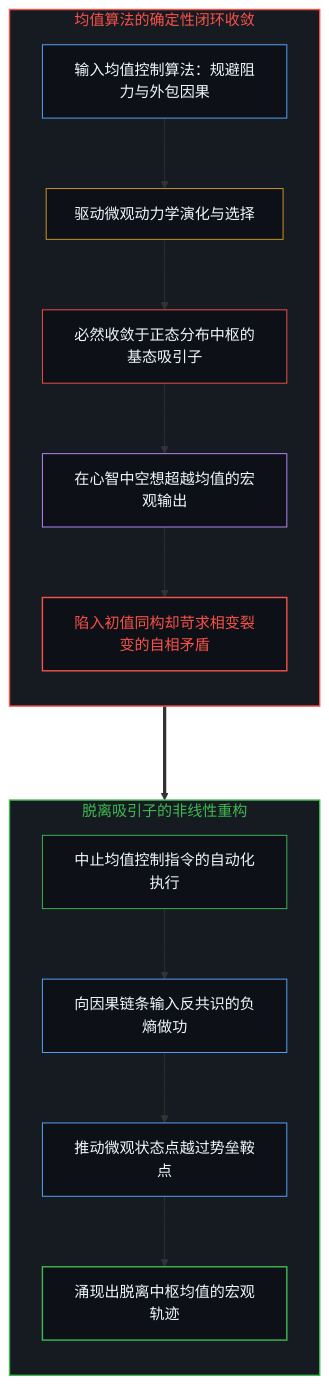
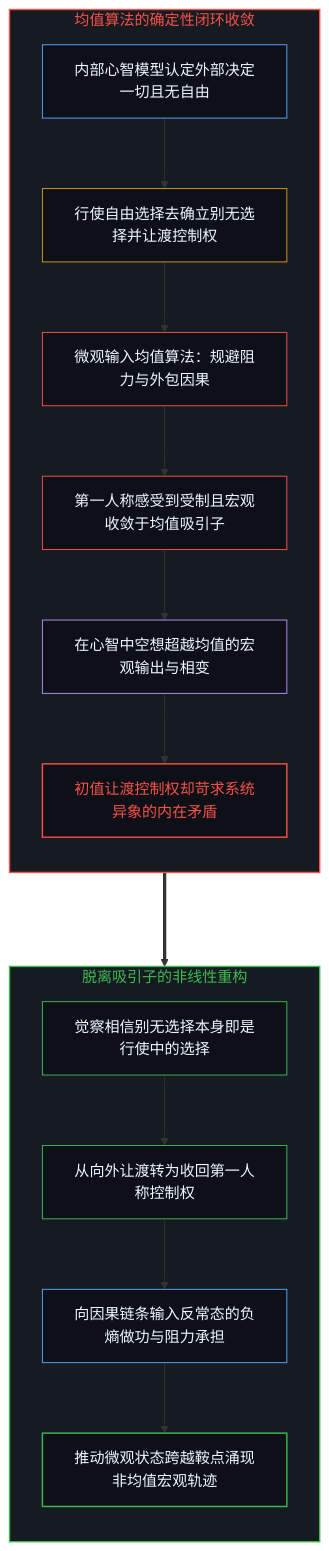
The third of 10 diagrams in content/posts/the-explanatory-trap-of-the-ordinary-perspective.md (powerpig99/not-a-toe), drawn with Mermaid before and after one commit. The commit also changed other lines of this file and 3 other files, not shown here.

````diff
--- a/content/posts/the-explanatory-trap-of-the-ordinary-perspective.md
+++ b/content/posts/the-explanatory-trap-of-the-ordinary-perspective.md
@@ -89,31 +93,33 @@
 ```mermaid
 graph TD
     subgraph S_MeanAttractor ["均值算法的确定性闭环收敛"]
         direction TB
-        M_Algo["输入均值控制算法：规避阻力与外包因果"] --> M_Dynamics["驱动微观动力学演化与选择"]
-        M_Dynamics --> M_Attractor["必然收敛于正态分布中枢的基态吸引子"]
-        M_Attractor --> M_Desire["在心智中空想超越均值的宏观输出"]
-        M_Desire --> M_Conflict["陷入初值同构却苛求相变裂变的自相矛盾"]
+        M_Model["内部心智模型认定外部决定一切且无自由"] --> M_Choice["行使自由选择去确立别无选择并让渡控制权"]
+        M_Choice --> M_Input["微观输入均值算法：规避阻力与外包因果"]
+        M_Input --> M_Attractor["第一人称感受到受制且宏观收敛于均值吸引子"]
+        M_Attractor --> M_Desire["在心智中空想超越均值的宏观输出与相变"]
+        M_Desire --> M_Conflict["初值让渡控制权却苛求系统异象的内在矛盾"]
     end
 
     subgraph S_DivergentEngine ["脱离吸引子的非线性重构"]
         direction TB
-        D_Break["中止均值控制指令的自动化执行"] --> D_Input["向因果链条输入反共识的负熵做功"]
-        D_Input --> D_Shift["推动微观状态点越过势垒鞍点"]
-        D_Shift --> D_Emerge["涌现出脱离中枢均值的宏观轨迹"]
+        D_Break["觉察相信别无选择本身即是行使中的选择"] --> D_Reclaim["从向外让渡转为收回第一人称控制权"]
+        D_Reclaim --> D_Input["向因果链条输入反常态的负熵做功与阻力承担"]
+        D_Input --> D_Emerge["推动微观状态跨越鞍点涌现非均值宏观轨迹"]
     end
 
     M_Conflict ===> D_Break
 
     style S_MeanAttractor fill:#161b22,stroke:#f85149,stroke-width:1.5px,color:#f85149
     style S_DivergentEngine fill:#161b22,stroke:#3fb950,stroke-width:1.5px,color:#3fb950
-    style M_Algo fill:#0d1117,stroke:#58a6ff,stroke-width:1px,color:#f0f6fc
-    style M_Dynamics fill:#0d1117,stroke:#d29922,stroke-width:1px,color:#f0f6fc
+    style M_Model fill:#0d1117,stroke:#58a6ff,stroke-width:1px,color:#f0f6fc
+    style M_Choice fill:#0d1117,stroke:#d29922,stroke-width:1px,color:#f0f6fc
+    style M_Input fill:#0d1117,stroke:#f85149,stroke-width:1px,color:#f0f6fc
     style M_Attractor fill:#0d1117,stroke:#f85149,stroke-width:1px,color:#f0f6fc
     style M_Desire fill:#0d1117,stroke:#bc8cff,stroke-width:1px,color:#f0f6fc
     style M_Conflict fill:#0d1117,stroke:#f85149,stroke-width:1.5px,color:#f85149
     style D_Break fill:#0d1117,stroke:#3fb950,stroke-width:1px,color:#f0f6fc
+    style D_Reclaim fill:#0d1117,stroke:#3fb950,stroke-width:1px,color:#f0f6fc
     style D_Input fill:#0d1117,stroke:#58a6ff,stroke-width:1px,color:#f0f6fc
-    style D_Shift fill:#0d1117,stroke:#58a6ff,stroke-width:1px,color:#f0f6fc
     style D_Emerge fill:#0d1117,stroke:#3fb950,stroke-width:1.5px,color:#f0f6fc
 ```
````
